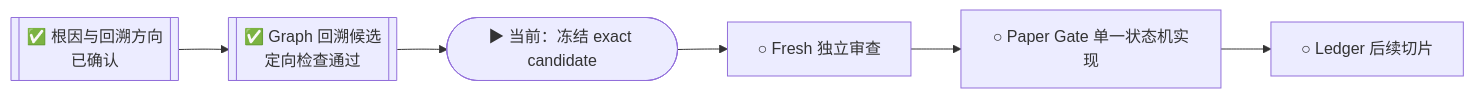
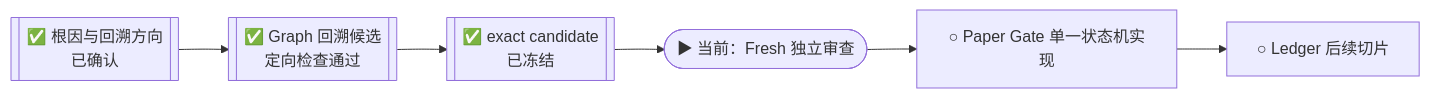
Before and after one commit to j-a-v-e-n/knowledge-vault: the first of 2 diagrams in MyBrain/automation/reports/investment-discipline-system/CURRENT_PROGRESS.md, drawn with Mermaid. The commit also changed other lines of this file, not shown here.

````diff
--- a/MyBrain/automation/reports/investment-discipline-system/CURRENT_PROGRESS.md
+++ b/MyBrain/automation/reports/investment-discipline-system/CURRENT_PROGRESS.md
@@ -8,8 +8,8 @@
 ```mermaid
 flowchart LR
     A[["✅ 根因与回溯方向<br/>已确认"]] --> B[["✅ Graph 回溯候选<br/>定向检查通过"]]
-    B --> C(["▶ 当前：冻结 exact candidate"])
-    C --> D["○ Fresh 独立审查"]
+    B --> C[["✅ exact candidate<br/>已冻结"]]
+    C --> D(["▶ 当前：Fresh 独立审查"])
     D --> E["○ Paper Gate 单一状态机实现"]
     E --> F["○ Ledger 后续切片"]
 ```
````
